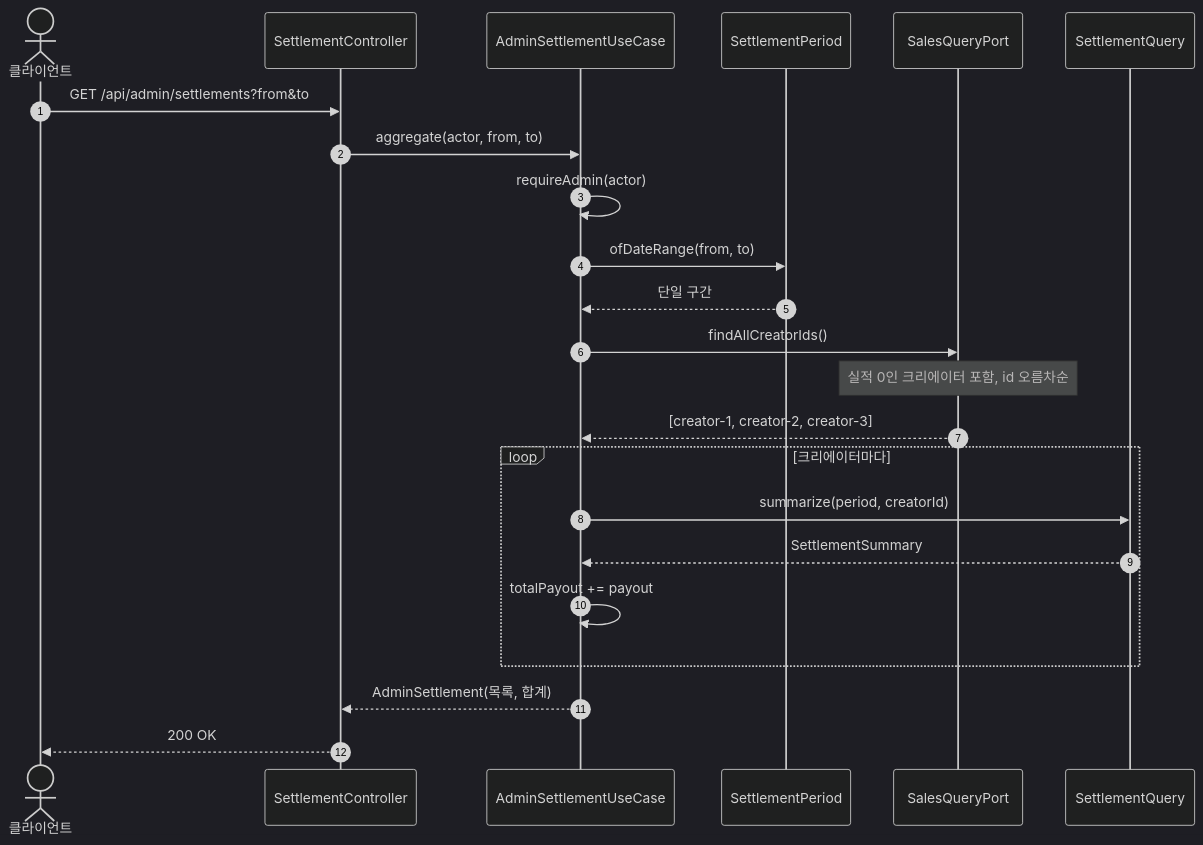
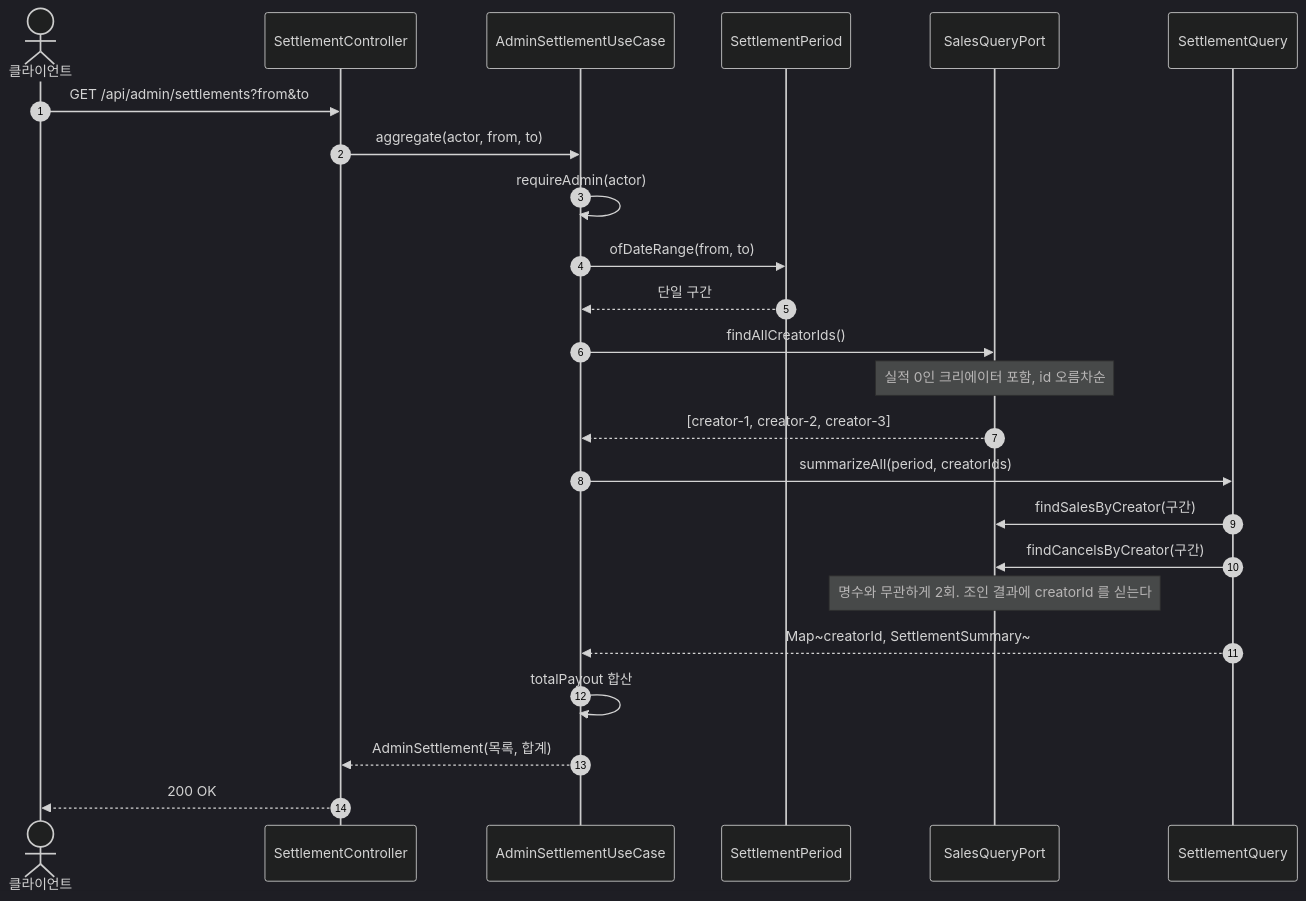
One commit to hrllk/settlement-api changed the seventh of 7 diagrams in docs/03-아키텍처와-요청-흐름.md. Above: the diagram before and after it, drawn with Mermaid (dark theme). The commit also changed other lines of this file and 6 other files, not shown here.

````diff
--- a/docs/03-아키텍처와-요청-흐름.md
+++ b/docs/03-아키텍처와-요청-흐름.md
@@ -311,26 +287,27 @@
 ```mermaid
 sequenceDiagram
     autonumber
     actor C as 클라이언트
     participant Ctl as SettlementController
     participant UC as AdminSettlementUseCase
     participant Per as SettlementPeriod
     participant Q as SalesQueryPort
     participant SQ as SettlementQuery
 
     C->>Ctl: GET /api/admin/settlements?from&to
     Ctl->>UC: aggregate(actor, from, to)
     UC->>UC: requireAdmin(actor)
     UC->>Per: ofDateRange(from, to)
     Per-->>UC: 단일 구간
     UC->>Q: findAllCreatorIds()
     Note over Q: 실적 0인 크리에이터 포함, id 오름차순
     Q-->>UC: [creator-1, creator-2, creator-3]
-    loop 크리에이터마다
-        UC->>SQ: summarize(period, creatorId)
-        SQ-->>UC: SettlementSummary
-        UC->>UC: totalPayout += payout
-    end
+    UC->>SQ: summarizeAll(period, creatorIds)
+    SQ->>Q: findSalesByCreator(구간)
+    SQ->>Q: findCancelsByCreator(구간)
+    Note over Q: 명수와 무관하게 2회. 조인 결과에 creatorId 를 싣는다
+    SQ-->>UC: Map~creatorId, SettlementSummary~
+    UC->>UC: totalPayout 합산
     UC-->>Ctl: AdminSettlement(목록, 합계)
     Ctl-->>C: 200 OK
 ```
````
